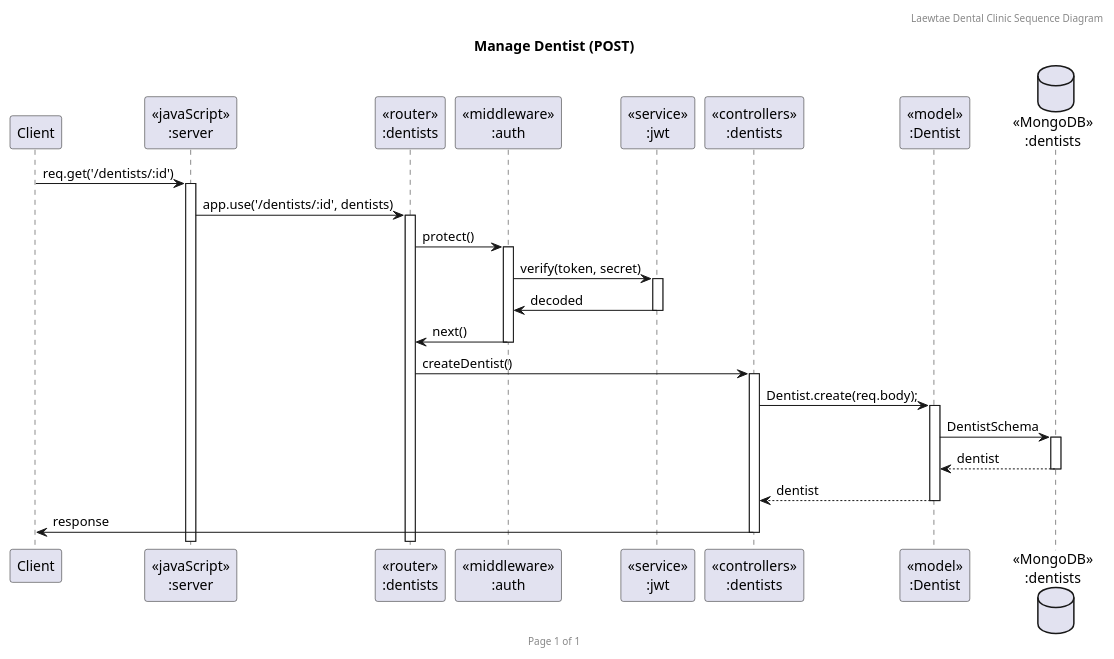
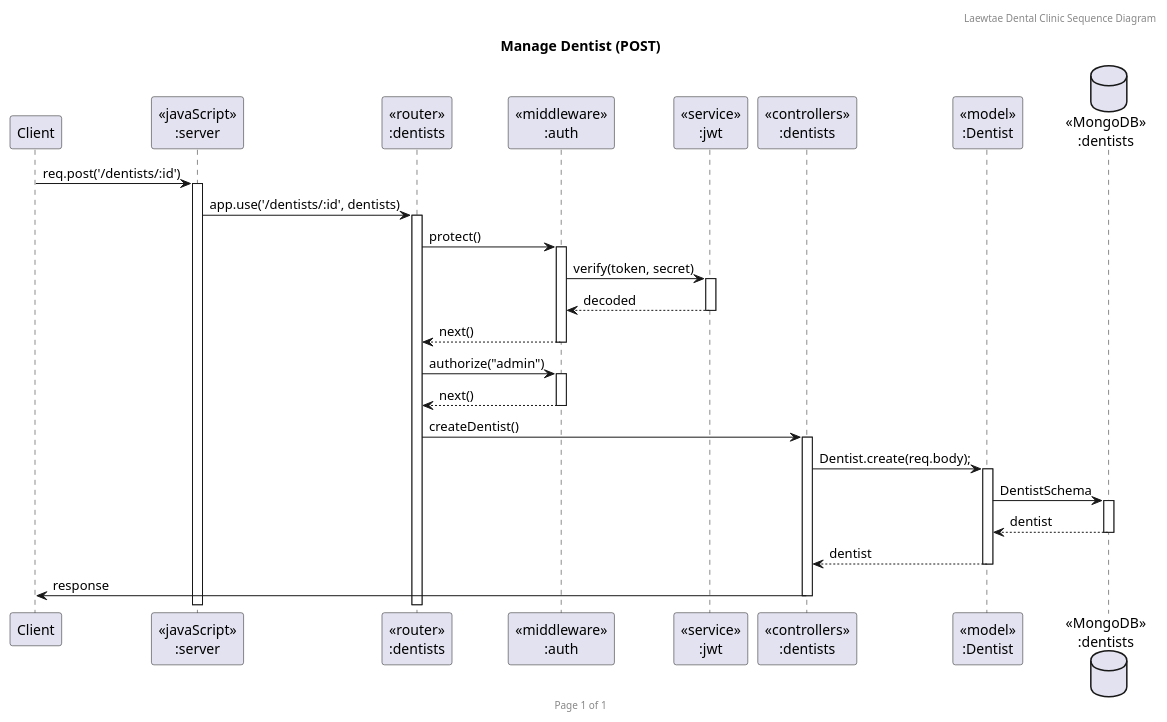
The diagram in UML/SequenceDiagram/DentistSequence/DentistSequencePOST.puml (nattapong232/DentistBooking), drawn with PlantUML before and after one commit. The commit also changed 2 other files, not shown here.

Commit message:
Fix Dentist Sequence Diagram

```diff
--- a/UML/SequenceDiagram/DentistSequence/DentistSequencePOST.puml
+++ b/UML/SequenceDiagram/DentistSequence/DentistSequencePOST.puml
@@ -1,30 +1,33 @@
 @startuml Manage Dentist (POST)
 
 header Laewtae Dental Clinic Sequence Diagram
 footer Page %page% of %lastpage%
 title "Manage Dentist (POST)"
 
 participant "Client" as client
 participant "<<javaScript>>\n:server" as server
 participant "<<router>>\n:dentists" as routerDentists
 participant "<<middleware>>\n:auth" as auth
 participant "<<service>>\n:jwt" as jwt
 participant "<<controllers>>\n:dentists" as controllersDentists
 participant "<<model>>\n:Dentist" as modelDentist
 database "<<MongoDB>>\n:dentists" as DentistsDatabase
 
-client->server ++:req.get('/dentists/:id')
+client->server ++:req.post('/dentists/:id')
 server->routerDentists ++:app.use('/dentists/:id', dentists)
 routerDentists -> auth ++:protect()
 auth -> jwt ++:verify(token, secret)
-auth <- jwt --:decoded
+auth <-- jwt --:decoded
+routerDentists <-- auth --:next()
 
-routerDentists <- auth --:next()
+routerDentists -> auth ++:authorize("admin")
+routerDentists <-- auth --:next()
+
 routerDentists -> controllersDentists ++:createDentist()
 controllersDentists->modelDentist ++:Dentist.create(req.body);
 modelDentist ->DentistsDatabase ++: DentistSchema
 DentistsDatabase --> modelDentist --: dentist
 controllersDentists <-- modelDentist --: dentist
-controllersDentists->client --:response
+client <- controllersDentists --:response
 
 @enduml
```
